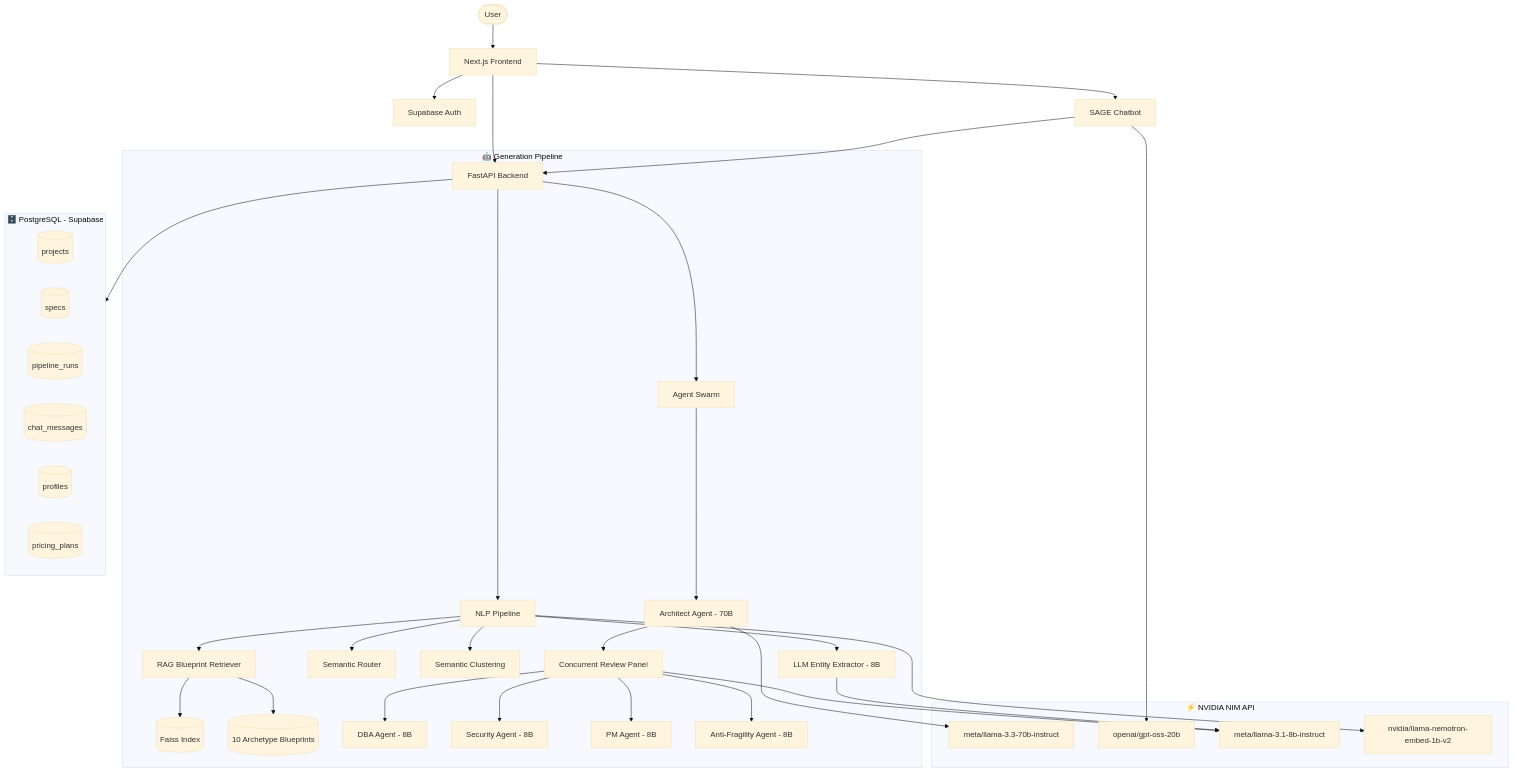
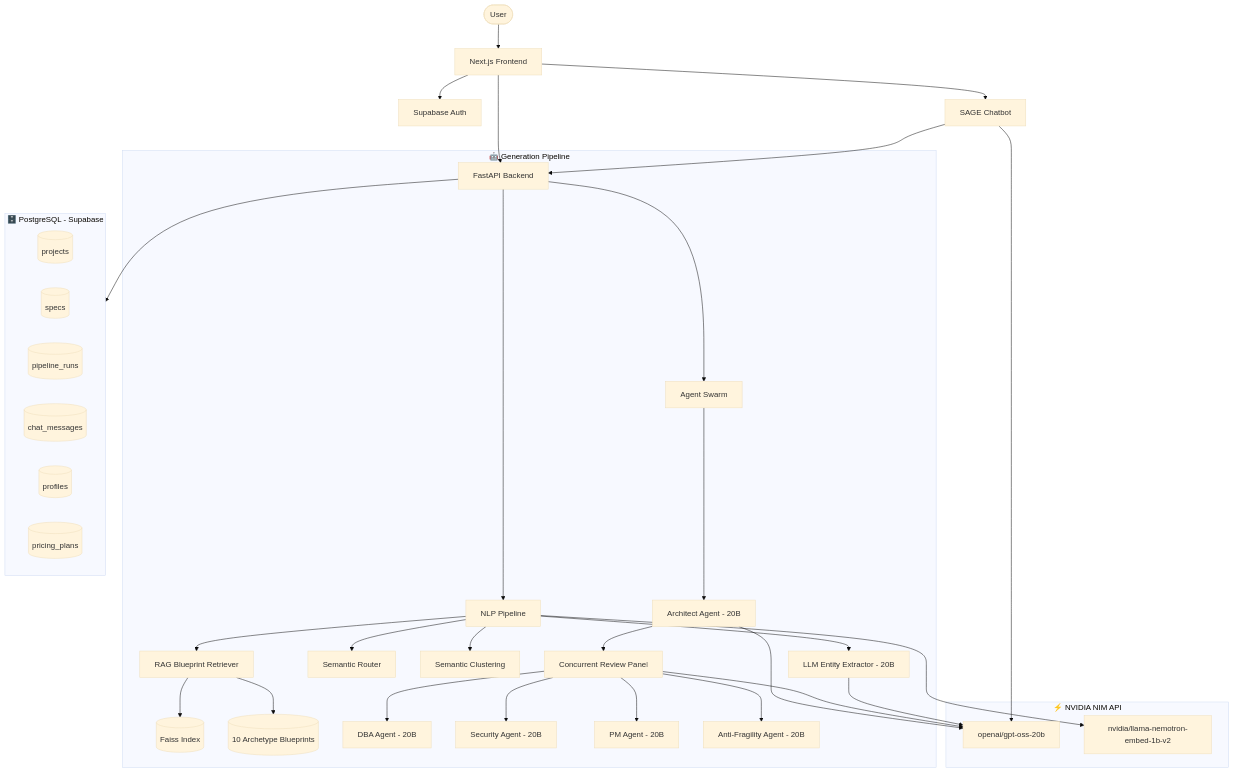
One commit to Kushal-Raj-G-S/Baxel-Spec-to-Backend-Architect changed the diagram in README.md. Above: the diagram before and after it, drawn with Mermaid (base theme). The commit also changed other lines of this file, not shown here.

````diff
--- a/README.md
+++ b/README.md
@@ -118,51 +118,49 @@
 ```mermaid
 graph TD
     User([User]) --> FE[Next.js Frontend]
 
     FE --> Auth[Supabase Auth]
     FE --> API[FastAPI Backend]
 
     subgraph Pipeline["🤖 Generation Pipeline"]
         API --> NLP[NLP Pipeline]
-        NLP --> EntityExtractor[LLM Entity Extractor - 8B]
+        NLP --> EntityExtractor[LLM Entity Extractor - 20B]
         NLP --> SemanticRouter[Semantic Router]
         NLP --> Clustering[Semantic Clustering]
         NLP --> RAG[RAG Blueprint Retriever]
         RAG --> Faiss[(Faiss Index)]
         RAG --> Blueprints[(10 Archetype Blueprints)]
 
         API --> Swarm[Agent Swarm]
-        Swarm --> Architect[Architect Agent - 70B]
+        Swarm --> Architect[Architect Agent - 20B]
         Architect --> Reviews[Concurrent Review Panel]
-        Reviews --> DBA[DBA Agent - 8B]
-        Reviews --> Security[Security Agent - 8B]
-        Reviews --> PM[PM Agent - 8B]
-        Reviews --> AntiFragility[Anti-Fragility Agent - 8B]
+        Reviews --> DBA[DBA Agent - 20B]
+        Reviews --> Security[Security Agent - 20B]
+        Reviews --> PM[PM Agent - 20B]
+        Reviews --> AntiFragility[Anti-Fragility Agent - 20B]
     end
 
     subgraph Storage["🗄️ PostgreSQL - Supabase"]
         DB[(projects)]
         DB2[(specs)]
         DB3[(pipeline_runs)]
         DB4[(chat_messages)]
         DB5[(profiles)]
         DB6[(pricing_plans)]
     end
 
     API --> Storage
     FE --> SAGE[SAGE Chatbot]
     SAGE --> API
 
     subgraph LLM["⚡ NVIDIA NIM API"]
-        Model70B[meta/llama-3.3-70b-instruct]
         Model20B[openai/gpt-oss-20b]
-        Model8B[meta/llama-3.1-8b-instruct]
         EmbedModel[nvidia/llama-nemotron-embed-1b-v2]
     end
 
-    Architect --> Model70B
-    Reviews --> Model8B
-    EntityExtractor --> Model8B
+    Architect --> Model20B
+    Reviews --> Model20B
+    EntityExtractor --> Model20B
     NLP --> EmbedModel
     SAGE --> Model20B
 ```
````
